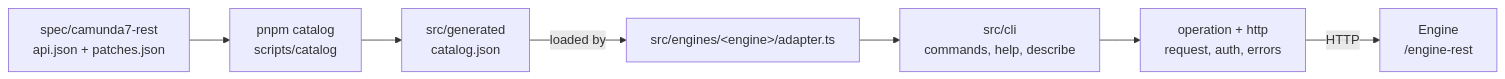
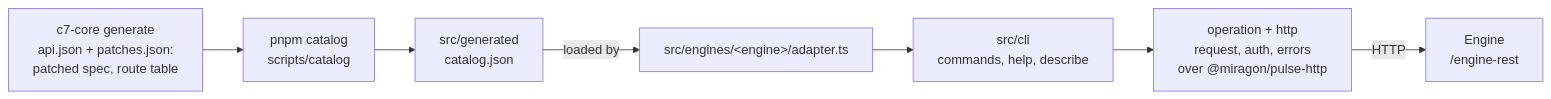
Before and after one commit to Miragon/pulse: the second of 4 diagrams in docs/cli/architecture.md, drawn with Mermaid. The commit also changed other lines of this file and 2074 other files, not shown here.

````diff
--- a/docs/cli/architecture.md
+++ b/docs/cli/architecture.md
@@ -57,9 +57,9 @@
 ```mermaid
 flowchart LR
-  spec["spec/camunda7-rest<br/>api.json + patches.json"] --> gen["pnpm catalog<br/>scripts/catalog"]
+  spec["c7-core generate<br/>api.json + patches.json:<br/>patched spec, route table"] --> gen["pnpm catalog<br/>scripts/catalog"]
   gen --> catalog["src/generated<br/>catalog.json"]
   catalog -- loaded by --> adapter["src/engines/&lt;engine&gt;/adapter.ts"]
   adapter --> cli["src/cli<br/>commands, help, describe"]
-  cli --> http["operation + http<br/>request, auth, errors"]
+  cli --> http["operation + http<br/>request, auth, errors<br/>over @miragon/pulse-http"]
   http -- HTTP --> engine["Engine<br/>/engine-rest"]
 ```
````
